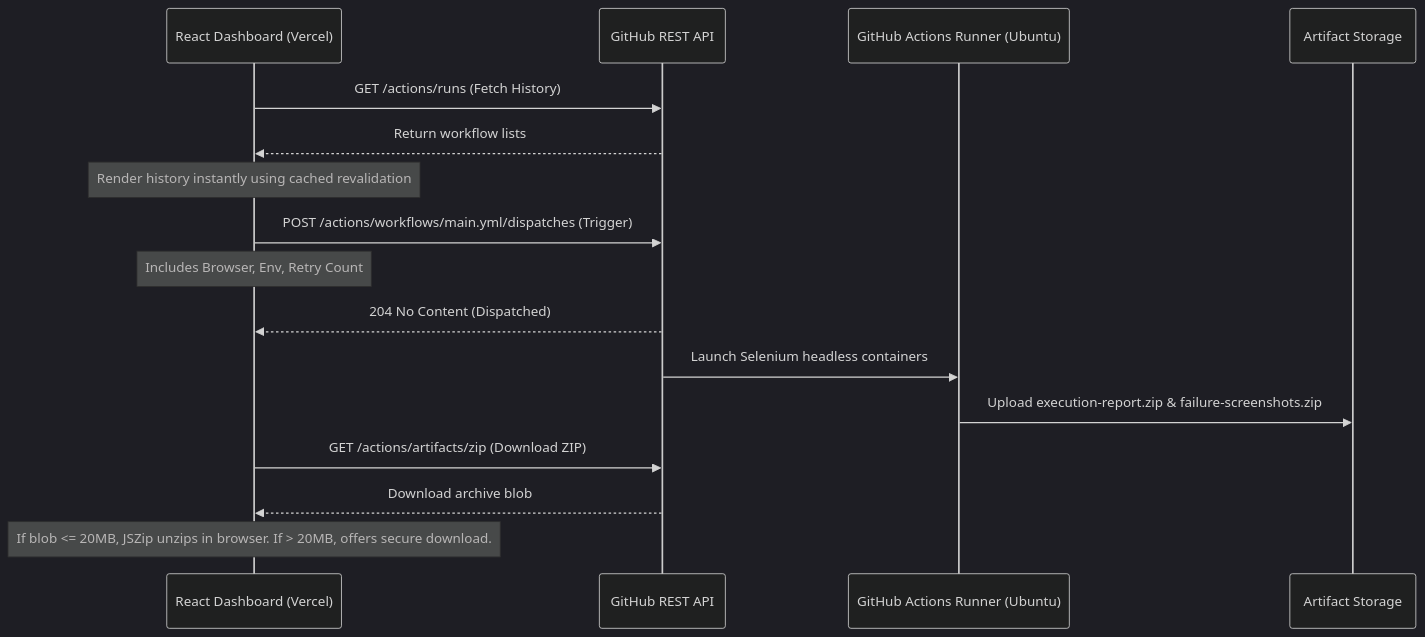
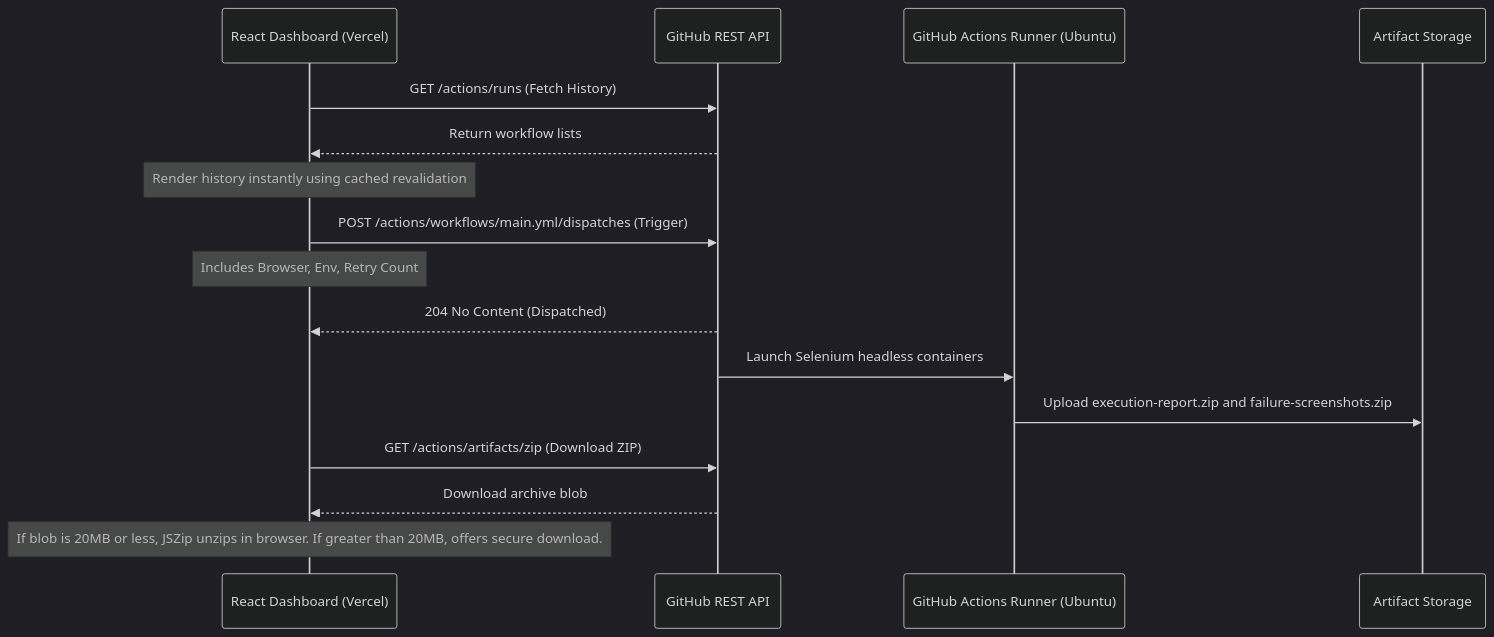
One commit to 01mayankk/Enterprise-QA-Automation-Framework changed the second of 2 diagrams in docs/FRONTEND_GUIDE.md. Above: the diagram before and after it, drawn with Mermaid (dark theme). The commit also changed other lines of this file and 2 other files, not shown here.

Commit message:
docs: fix remaining Mermaid syntax issues in diagrams

````diff
--- a/docs/FRONTEND_GUIDE.md
+++ b/docs/FRONTEND_GUIDE.md
@@ -64,22 +64,22 @@
 ```mermaid
 sequenceDiagram
     participant UI as React Dashboard (Vercel)
     participant API as GitHub REST API
     participant Run as GitHub Actions Runner (Ubuntu)
     participant Storage as Artifact Storage
 
     UI->>API: GET /actions/runs (Fetch History)
     API-->>UI: Return workflow lists
     Note over UI: Render history instantly using cached revalidation
     
     UI->>API: POST /actions/workflows/main.yml/dispatches (Trigger)
     Note over UI: Includes Browser, Env, Retry Count
     API-->>UI: 204 No Content (Dispatched)
     
     API->>Run: Launch Selenium headless containers
-    Run->>Storage: Upload execution-report.zip & failure-screenshots.zip
+    Run->>Storage: Upload execution-report.zip and failure-screenshots.zip
     
     UI->>API: GET /actions/artifacts/zip (Download ZIP)
     API-->>UI: Download archive blob
-    Note over UI: If blob <= 20MB, JSZip unzips in browser. If > 20MB, offers secure download.
+    Note over UI: If blob is 20MB or less, JSZip unzips in browser. If greater than 20MB, offers secure download.
 ```
````
